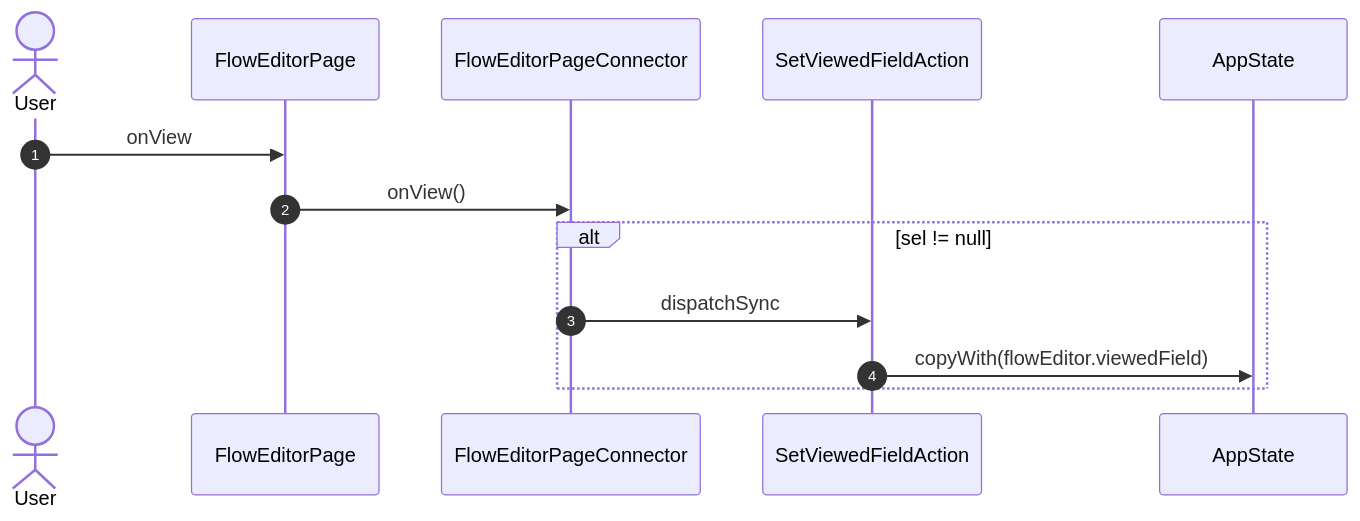
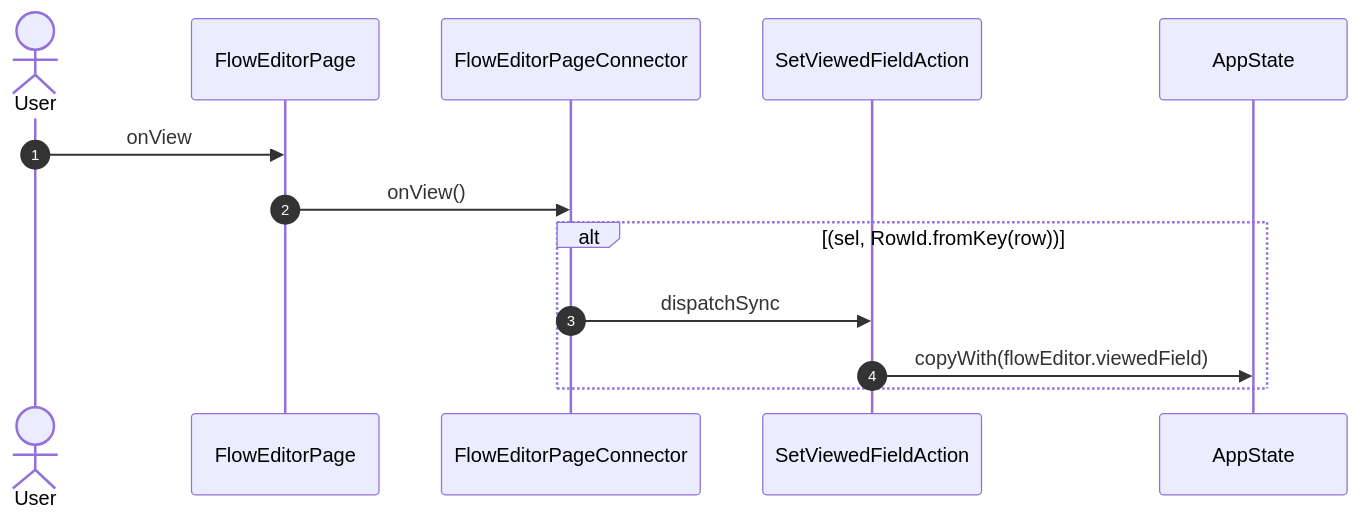
One commit to gencto/wyrm changed diagram 14 of 42 in studio/docs/flows/flowEditor.md. Above: the diagram before and after it, drawn with Mermaid. The commit also changed other lines of this file and 61 other files, not shown here.

First line of the commit message:
studio: flow editor: typed editor state, field ids and actions without unawaited

````diff
--- a/studio/docs/flows/flowEditor.md
+++ b/studio/docs/flows/flowEditor.md
@@ -284,16 +285,16 @@
 ```mermaid
 sequenceDiagram
     autonumber
     actor User
     participant UI as FlowEditorPage
     participant VM as FlowEditorPageConnector
     participant A1 as SetViewedFieldAction
     participant ST as AppState
 
     User->>UI: onView
     UI->>VM: onView()
-    alt sel != null
+    alt (sel, RowId.fromKey(row))
         VM->>A1: dispatchSync
         A1->>ST: copyWith(flowEditor.viewedField)
     end
 ```
````
